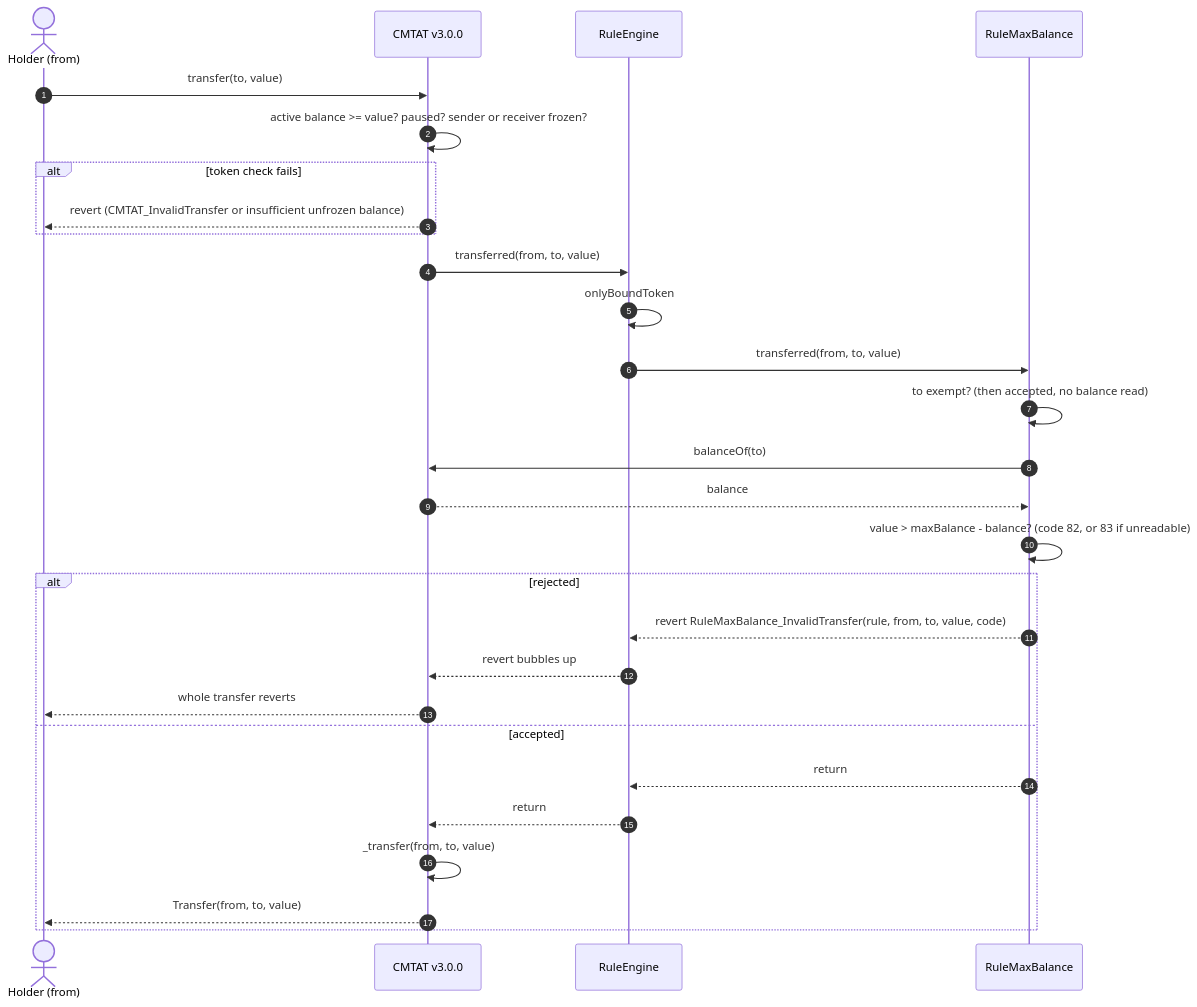
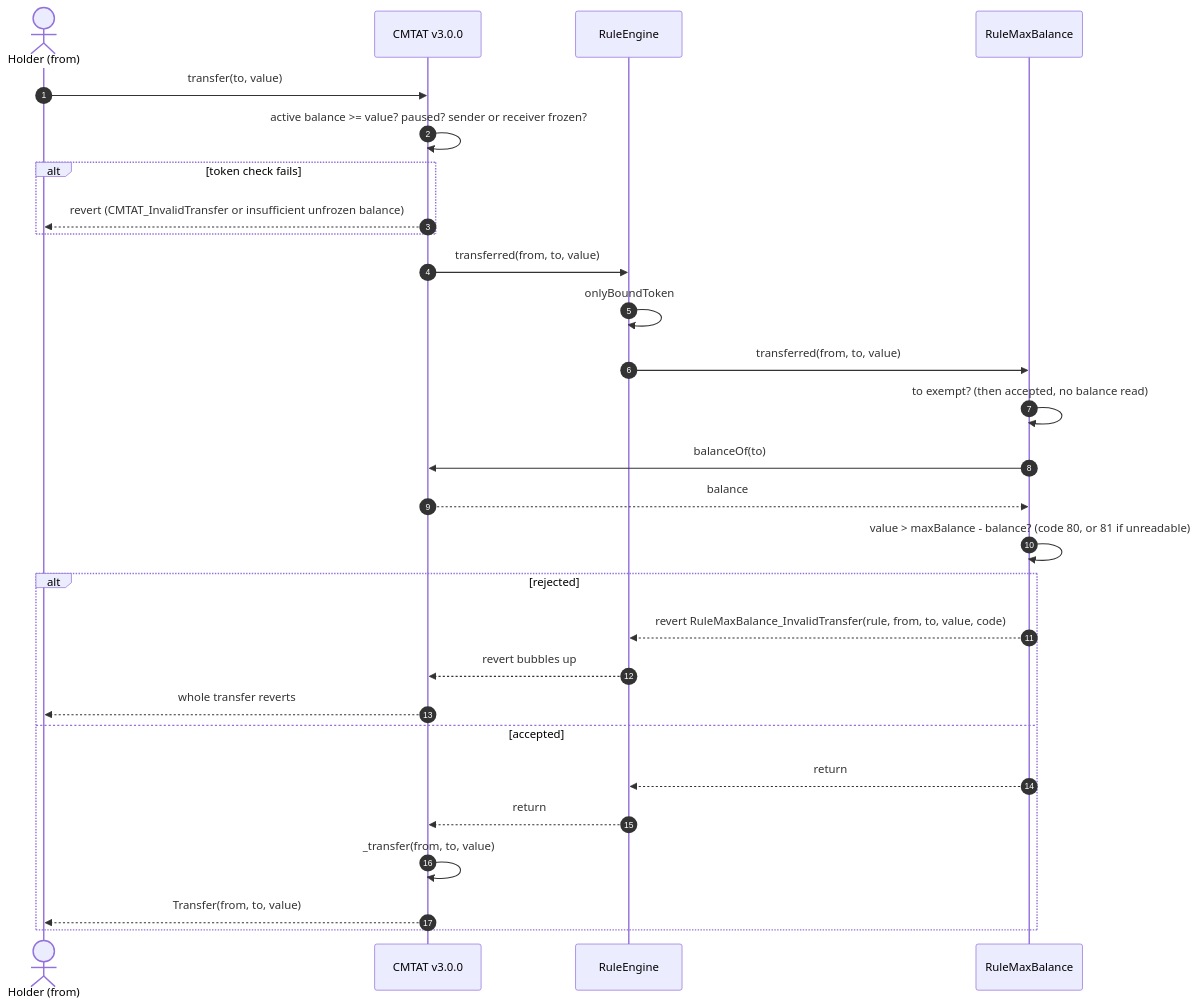
The eighth of 10 diagrams in doc/technical/guides/DEPLOY_RULE_MAX_BALANCE_CMTAT_V3.0.0.md (CMTA/Rules), drawn with Mermaid before and after one commit. The commit also changed other lines of this file and 280 other files, not shown here.

Commit message:
refactor: renumber RuleReceiverWhitelist (81 → 90) and RuleMaxBalance (82/83 → 80/81) so each rule keeps reserved restriction codes

````diff
--- a/doc/technical/guides/DEPLOY_RULE_MAX_BALANCE_CMTAT_V3.0.0.md
+++ b/doc/technical/guides/DEPLOY_RULE_MAX_BALANCE_CMTAT_V3.0.0.md
@@ -330,31 +330,31 @@
 ```mermaid
 sequenceDiagram
     autonumber
     actor Holder as Holder (from)
     participant Token as CMTAT v3.0.0
     participant Engine as RuleEngine
     participant Rule as RuleMaxBalance
 
     Holder->>Token: transfer(to, value)
     Token->>Token: active balance >= value? paused? sender or receiver frozen?
     alt token check fails
         Token-->>Holder: revert (CMTAT_InvalidTransfer or insufficient unfrozen balance)
     end
     Token->>Engine: transferred(from, to, value)
     Engine->>Engine: onlyBoundToken
     Engine->>Rule: transferred(from, to, value)
     Rule->>Rule: to exempt? (then accepted, no balance read)
     Rule->>Token: balanceOf(to)
     Token-->>Rule: balance
-    Rule->>Rule: value > maxBalance - balance? (code 82, or 83 if unreadable)
+    Rule->>Rule: value > maxBalance - balance? (code 80, or 81 if unreadable)
     alt rejected
         Rule-->>Engine: revert RuleMaxBalance_InvalidTransfer(rule, from, to, value, code)
         Engine-->>Token: revert bubbles up
         Token-->>Holder: whole transfer reverts
     else accepted
         Rule-->>Engine: return
         Engine-->>Token: return
         Token->>Token: _transfer(from, to, value)
         Token-->>Holder: Transfer(from, to, value)
     end
 ```
````
